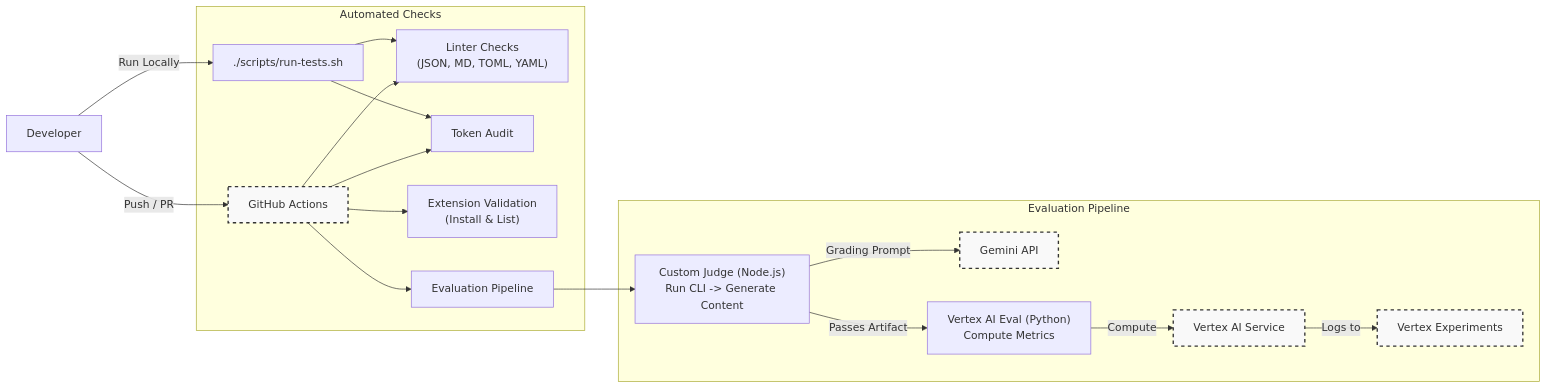
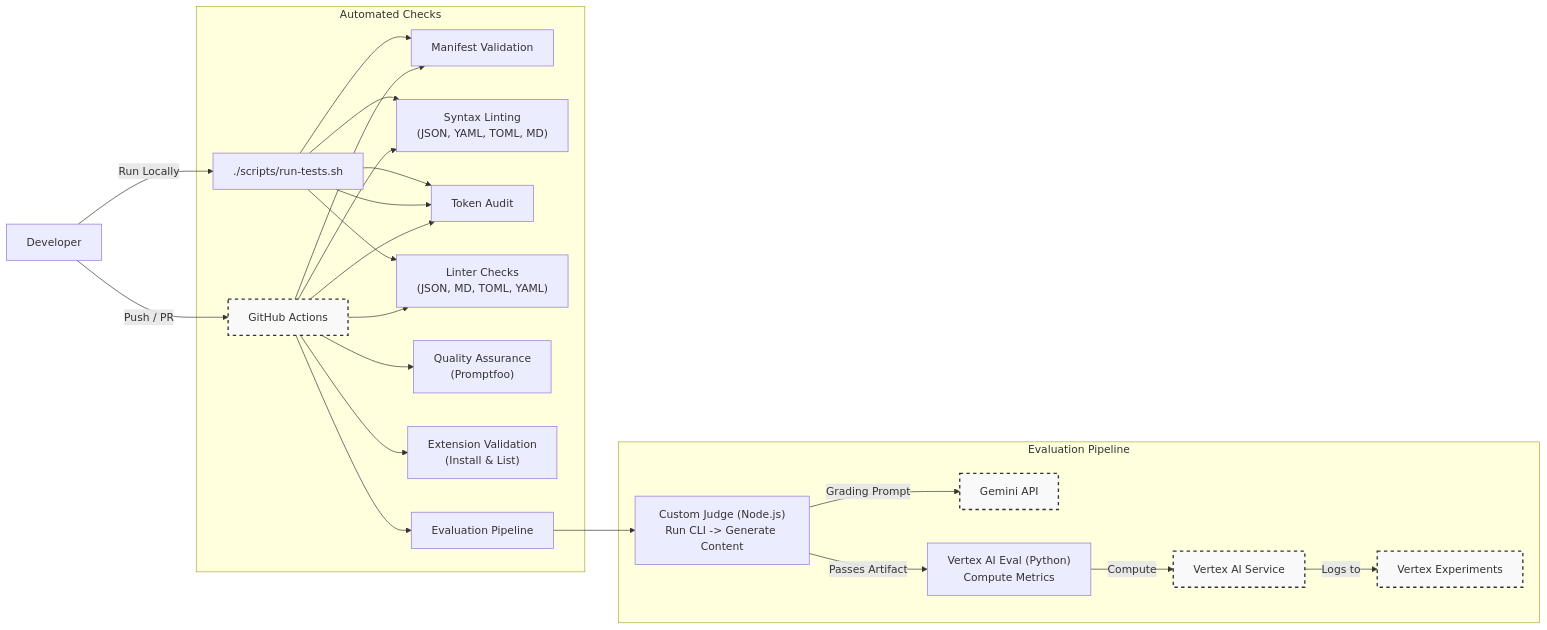
The second of 2 diagrams in README.md (sapientcoffee/scribe), drawn with Mermaid before and after one commit. The commit also changed other lines of this file and 10 other files, not shown here.

````diff
--- a/README.md
+++ b/README.md
@@ -124,26 +124,33 @@
 ```mermaid
 graph LR
     classDef external fill:#f9f9f9,stroke:#333,stroke-width:2px,stroke-dasharray: 5 5;
     
     Developer[Developer] -->|Run Locally| Script["./scripts/run-tests.sh"]
     Developer -->|Push / PR| GitHub[GitHub Actions]:::external
 
     subgraph "Automated Checks"
+        Script --> Manifest["Manifest Validation"]
+        Script --> Syntax["Syntax Linting<br/>(JSON, YAML, TOML, MD)"]
+        Script --> Audit["Token Audit"]
+        
+        GitHub --> Manifest
+        GitHub --> Syntax
         Script --> Linting["Linter Checks<br/>(JSON, MD, TOML, YAML)"]
         Script --> Audit[Token Audit]
         
         GitHub --> Linting
         GitHub --> Audit
+        GitHub --> Quality["Quality Assurance<br/>(Promptfoo)"]
         GitHub --> Validation["Extension Validation<br/>(Install & List)"]
         
         GitHub --> EvalFlow[Evaluation Pipeline]
     end
 
     subgraph "Evaluation Pipeline"
         EvalFlow --> CustomJudge["Custom Judge (Node.js)<br/>Run CLI -> Generate Content"]
         CustomJudge -->|Grading Prompt| Gemini[Gemini API]:::external
         CustomJudge -->|Passes Artifact| VertexEval["Vertex AI Eval (Python)<br/>Compute Metrics"]
         VertexEval -->|Compute| VertexAPI[Vertex AI Service]:::external
         VertexAPI -->|Logs to| VertexConsole[Vertex Experiments]:::external
     end
 ```
````
